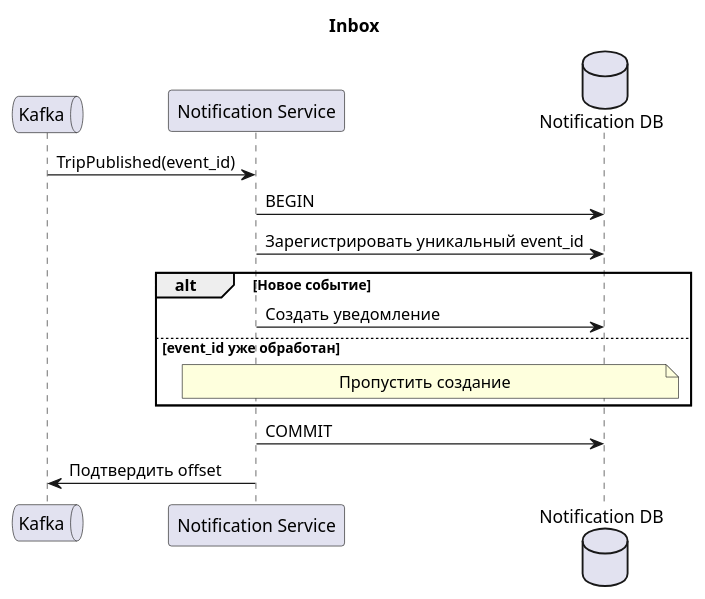
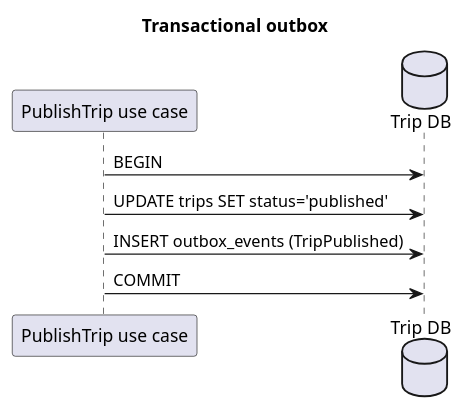
Before and after one commit to anton415/share_trip: the second of 3 diagrams in docs/consistency.md, drawn with PlantUML. The commit also changed other lines of this file and 18 other files, not shown here.

Commit message:
Outbox Inbox Transaction [#505678]

````diff
--- a/docs/consistency.md
+++ b/docs/consistency.md
@@ -68,19 +63,12 @@
 ```plantuml
 @startuml
-title Inbox
-queue Kafka
-participant "Notification Service" as Notification
-database "Notification DB" as DB
+title Transactional outbox
+participant "PublishTrip use case" as UseCase
+database "Trip DB" as DB
 
-Kafka -> Notification: TripPublished(event_id)
-Notification -> DB: BEGIN
-Notification -> DB: Зарегистрировать уникальный event_id
-alt Новое событие
-  Notification -> DB: Создать уведомление
-else event_id уже обработан
-  note over Notification, DB: Пропустить создание
-end
-Notification -> DB: COMMIT
-Notification -> Kafka: Подтвердить offset
+UseCase -> DB: BEGIN
+UseCase -> DB: UPDATE trips SET status='published'
+UseCase -> DB: INSERT outbox_events (TripPublished)
+UseCase -> DB: COMMIT
 @enduml
 ```
````
